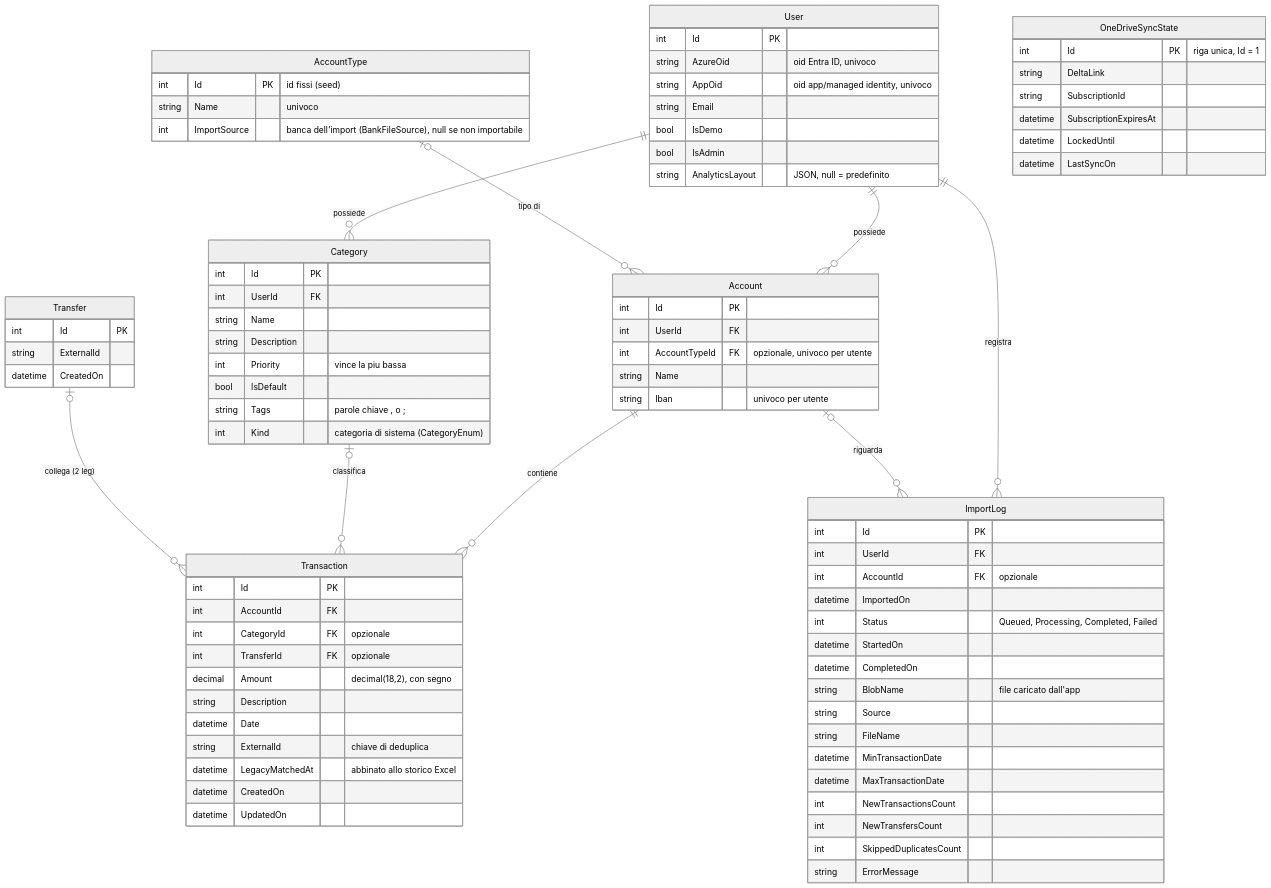
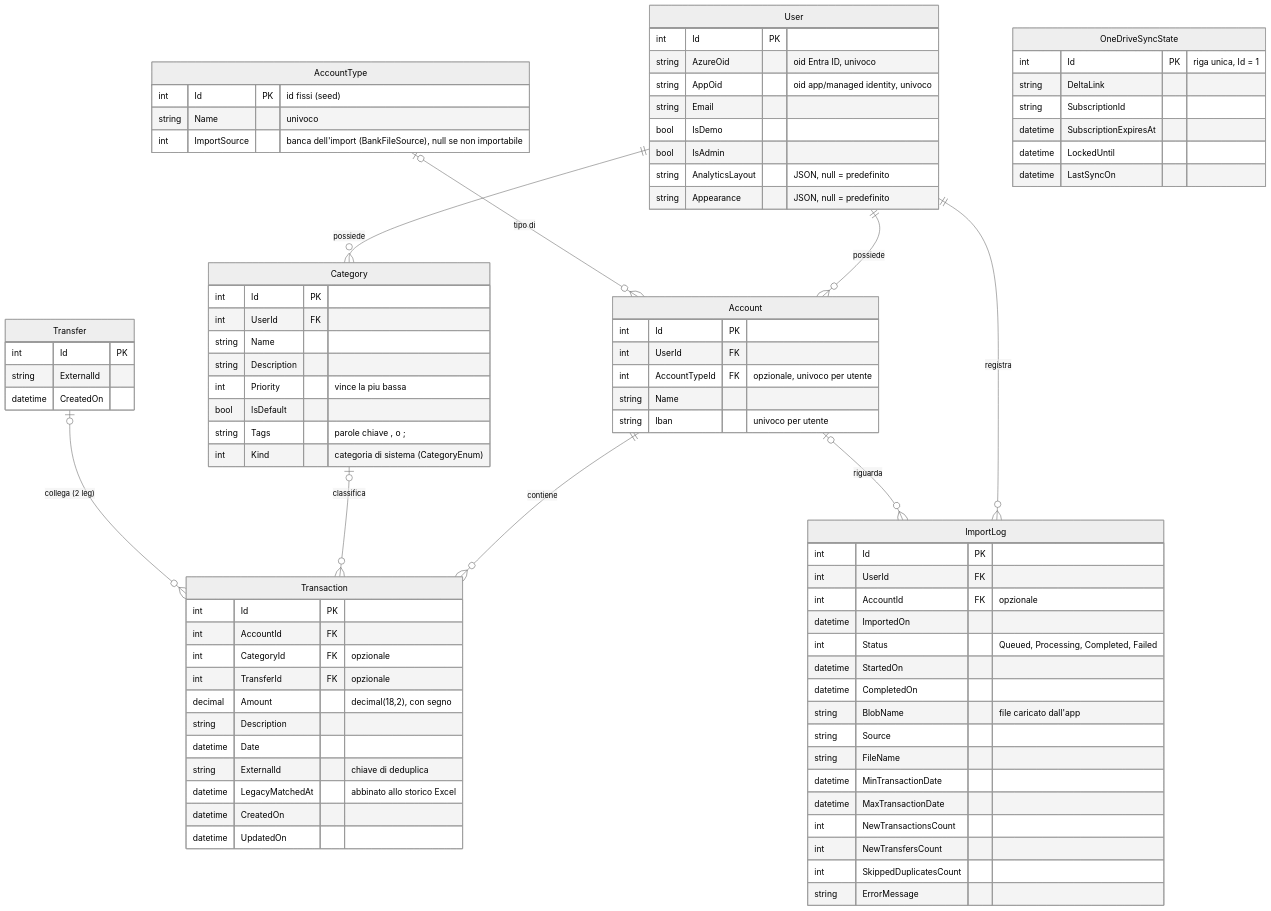
The diagram in docs/04-dati.md (roberto-desalvo/ExpenseTracker.App), drawn with Mermaid (neutral theme) before and after one commit. The commit also changed other lines of this file and 23 other files, not shown here.

```diff
--- a/docs/04-dati.md
+++ b/docs/04-dati.md
@@ -23,6 +23,7 @@
         bool IsDemo
         bool IsAdmin
         string AnalyticsLayout "JSON, null = predefinito"
+        string Appearance "JSON, null = predefinito"
     }
     Account {
         int Id PK
```
